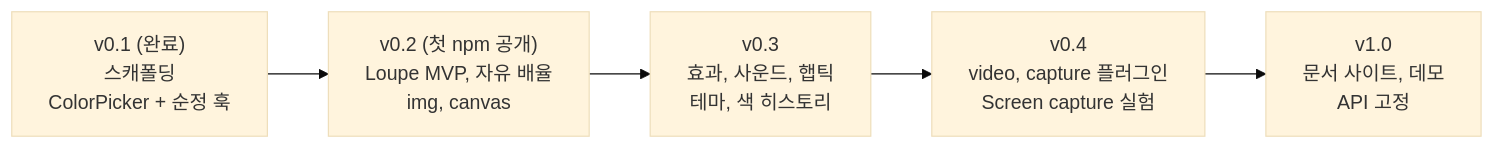
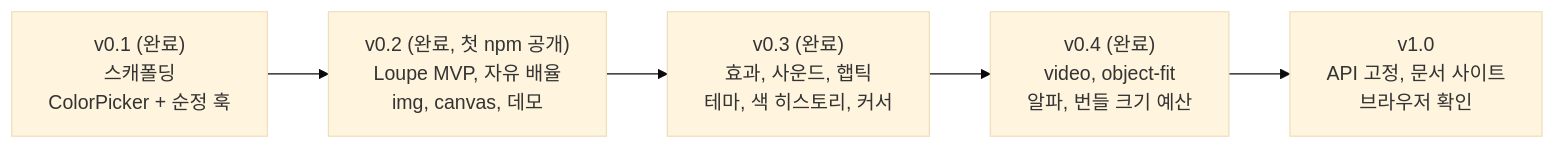
One commit to momoci99/react-eyedropper-picker changed the second of 2 diagrams in docs/PLANNING.md. Above: the diagram before and after it, drawn with Mermaid (base theme). The commit also changed other lines of this file, not shown here.

````diff
--- a/docs/PLANNING.md
+++ b/docs/PLANNING.md
@@ -373,7 +376,7 @@
 ```mermaid
 flowchart LR
-    V01["v0.1 (완료)<br/>스캐폴딩<br/>ColorPicker + 순정 훅"] --> V02["v0.2 (첫 npm 공개)<br/>Loupe MVP, 자유 배율<br/>img, canvas"]
-    V02 --> V03["v0.3<br/>효과, 사운드, 햅틱<br/>테마, 색 히스토리"]
-    V03 --> V04["v0.4<br/>video, capture 플러그인<br/>Screen capture 실험"]
-    V04 --> V10["v1.0<br/>문서 사이트, 데모<br/>API 고정"]
+    V01["v0.1 (완료)<br/>스캐폴딩<br/>ColorPicker + 순정 훅"] --> V02["v0.2 (완료, 첫 npm 공개)<br/>Loupe MVP, 자유 배율<br/>img, canvas, 데모"]
+    V02 --> V03["v0.3 (완료)<br/>효과, 사운드, 햅틱<br/>테마, 색 히스토리, 커서"]
+    V03 --> V04["v0.4 (완료)<br/>video, object-fit<br/>알파, 번들 크기 예산"]
+    V04 --> V10["v1.0<br/>API 고정, 문서 사이트<br/>브라우저 확인"]
 ```
````
